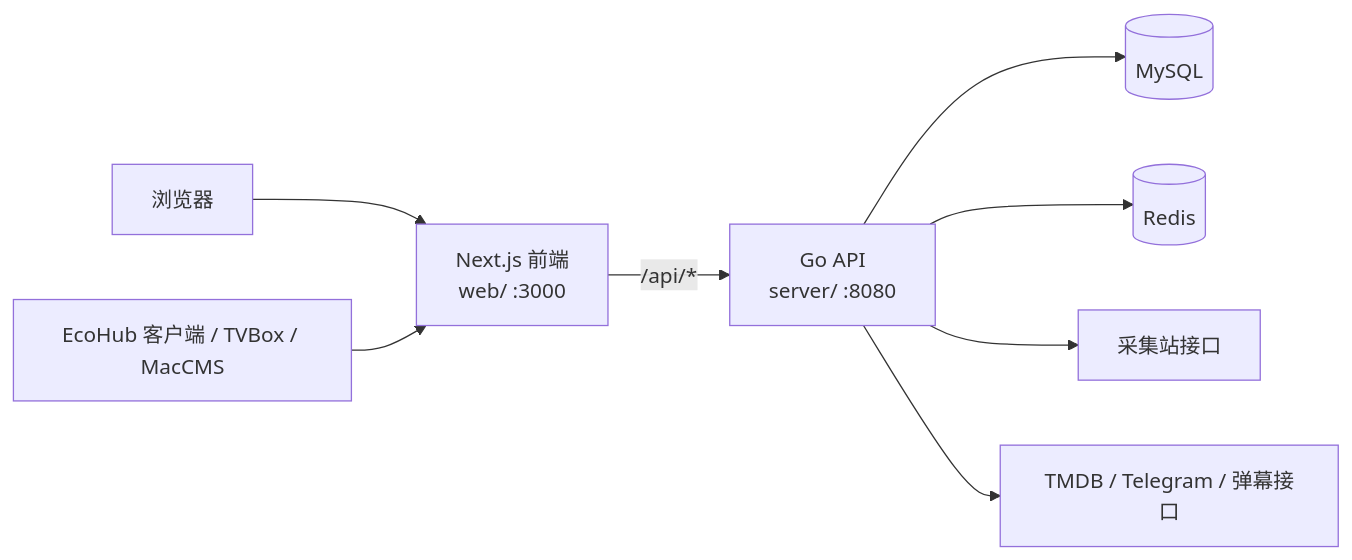
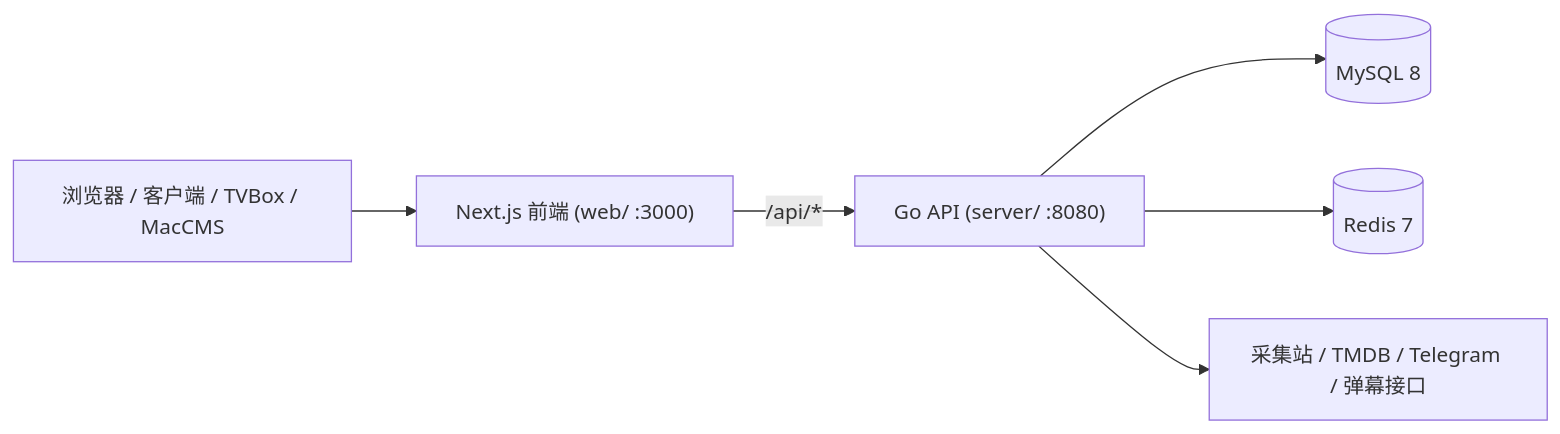
Before and after one commit to fe-spark/EcoHub: the diagram in README.md, drawn with Mermaid. The commit also changed other lines of this file and 13 other files, not shown here.

````diff
--- a/README.md
+++ b/README.md
@@ -93,10 +54,8 @@
 ```mermaid
 flowchart LR
-    Browser["浏览器"] --> Web["Next.js 前端<br/>web/ :3000"]
-    Clients["EcoHub 客户端 / TVBox / MacCMS"] --> Web
-    Web -- "/api/*" --> API["Go API<br/>server/ :8080"]
-    API --> MySQL[("MySQL")]
-    API --> Redis[("Redis")]
-    API --> Sources["采集站接口"]
-    API --> External["TMDB / Telegram / 弹幕接口"]
+    Browser["浏览器 / 客户端 / TVBox / MacCMS"] --> Web["Next.js 前端 (web/ :3000)"]
+    Web -- "/api/*" --> API["Go API (server/ :8080)"]
+    API --> MySQL[("MySQL 8")]
+    API --> Redis[("Redis 7")]
+    API --> External["采集站 / TMDB / Telegram / 弹幕接口"]
 ```
````
